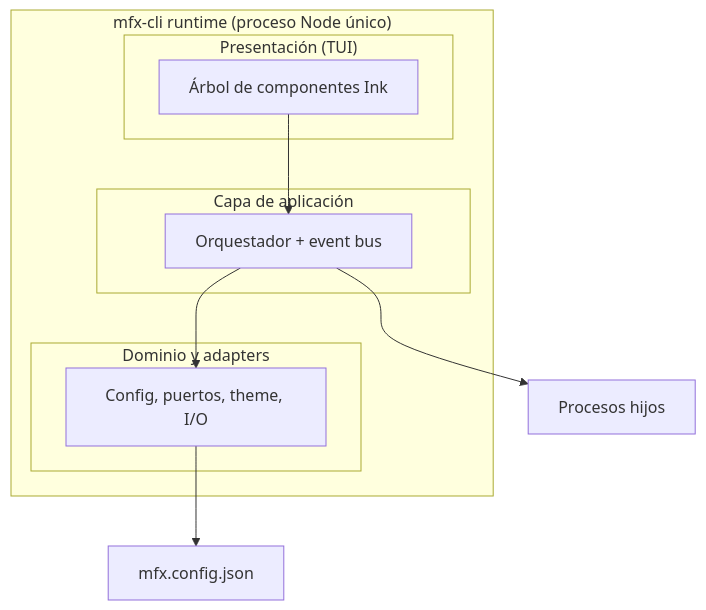
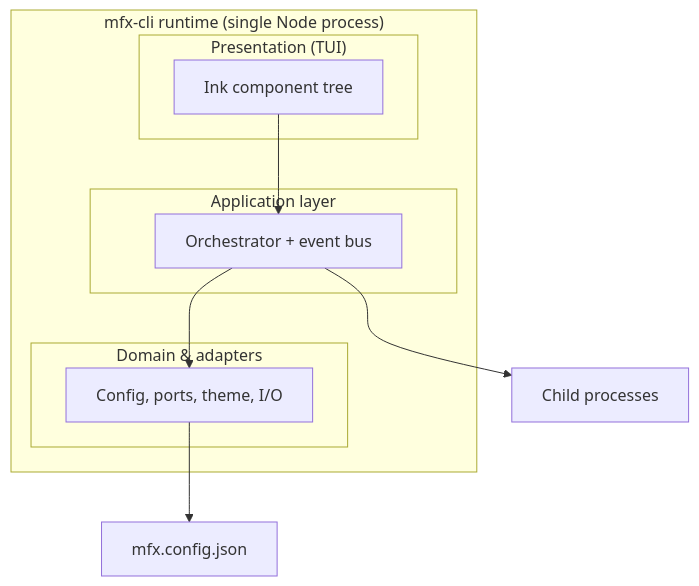
The first of 5 diagrams in docs/architecture.md (EKOU-Solutions/ekou-devtools), drawn with Mermaid before and after one commit. The commit also changed other lines of this file and 1 other file, not shown here.

First line of the commit message:
docs: translate architecture and README to English

````diff
--- a/docs/architecture.md
+++ b/docs/architecture.md
@@ -46,21 +46,21 @@
 ```mermaid
 flowchart TD
-    subgraph runtime["mfx-cli runtime (proceso Node único)"]
-        subgraph pres["Presentación (TUI)"]
-            ink["Árbol de componentes Ink"]
+    subgraph runtime["mfx-cli runtime (single Node process)"]
+        subgraph pres["Presentation (TUI)"]
+            ink["Ink component tree"]
         end
-        subgraph app["Capa de aplicación"]
-            orch["Orquestador + event bus"]
+        subgraph app["Application layer"]
+            orch["Orchestrator + event bus"]
         end
-        subgraph domain["Dominio y adapters"]
-            dom["Config, puertos, theme, I/O"]
+        subgraph domain["Domain & adapters"]
+            dom["Config, ports, theme, I/O"]
         end
     end
     config["mfx.config.json"]
-    children["Procesos hijos"]
+    children["Child processes"]
 
     ink --> orch
     orch --> dom
     dom --> config
     orch --> children
 ```
````
